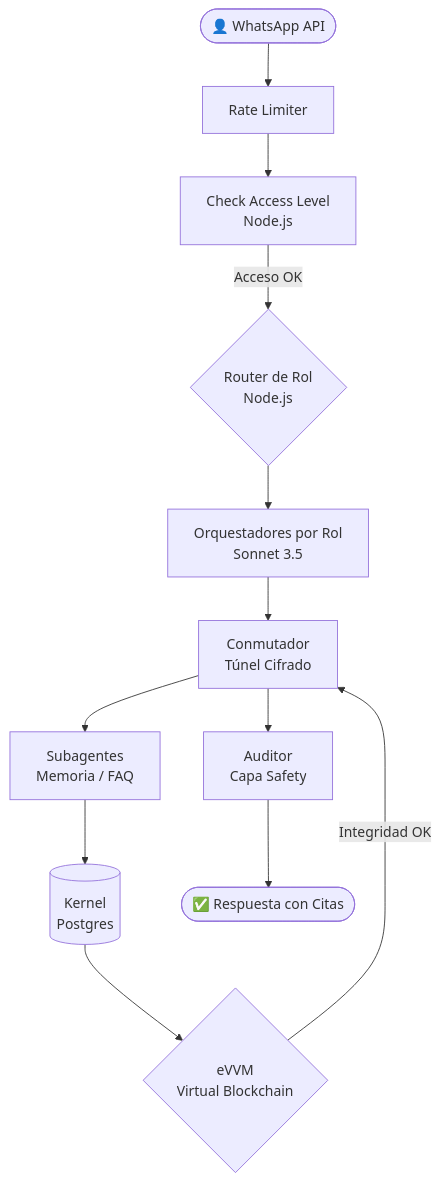
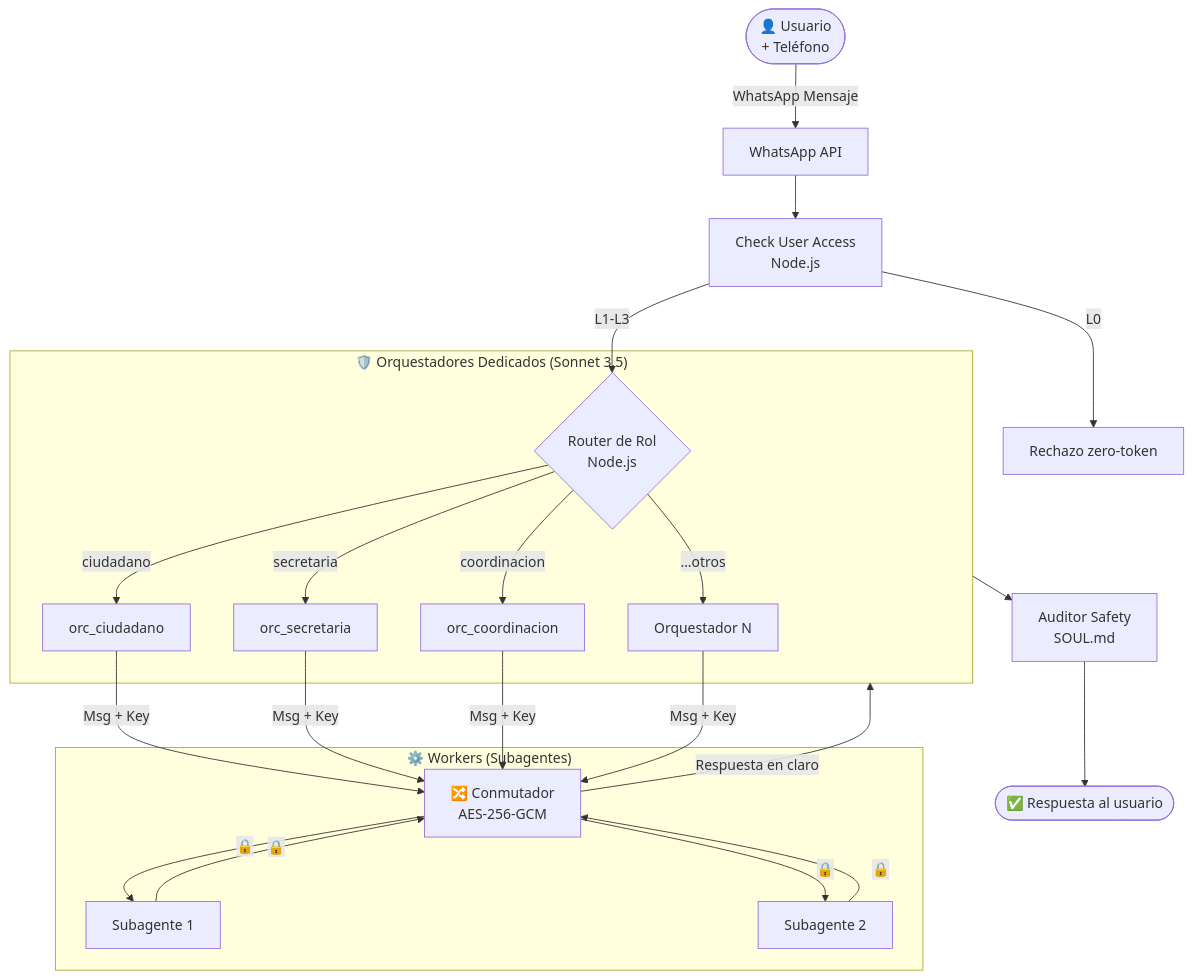
The third of 5 diagrams in docs/architecture.md (ariutokintumi/IAldea-org), drawn with Mermaid before and after one commit. The commit also changed other lines of this file and 1 other file, not shown here.

Commit message:
arch: restore detailed orchestration flows and add silence rule
- Restored docs/planning/dia_03_whatsapp_subagentes_orquestacion.md with user-preferred flows.
- Added 'Silence Rule' for subagents with incorrect encryption keys.
- Beautified docs/architecture.md with detailed orchestration and eVVM sequence diagrams.

````diff
--- a/docs/architecture.md
+++ b/docs/architecture.md
@@ -138,14 +138,32 @@
 ```mermaid
 flowchart TD
-  WA([👤 WhatsApp API]) --> RL[Rate Limiter]
-  RL --> AL[Check Access Level\nNode.js]
-  AL -->|Acceso OK| ROUTER{Router de Rol\nNode.js}
-  ROUTER --> ORCS[Orquestadores por Rol\nSonnet 3.5]
-  ORCS --> SW[Conmutador\nTúnel Cifrado]
-  SW --> MEM[Subagentes\nMemoria / FAQ]
-  MEM --> KERN[(Kernel\nPostgres)]
-  KERN --> BC{eVVM\nVirtual Blockchain}
-  BC -->|Integridad OK| SW
-  SW --> AUD[Auditor\nCapa Safety]
-  AUD --> WA2([✅ Respuesta con Citas])
+    A([👤 Usuario\n+ Teléfono]) -->|WhatsApp Mensaje| B[WhatsApp API]
+    B --> C[Check User Access\nNode.js]
+
+    C -->|L0| REJ[Rechazo zero-token]
+    C -->|L1-L3| ROUTER{Router de Rol\nNode.js}
+
+    subgraph ORCS["🛡️ Orquestadores Dedicados (Sonnet 3.5)"]
+        ROUTER -->|ciudadano| ORC_C[orc_ciudadano]
+        ROUTER -->|secretaria| ORC_S[orc_secretaria]
+        ROUTER -->|coordinacion| ORC_CO[orc_coordinacion]
+        ROUTER -->|...otros| ORC_N[Orquestador N]
+    end
+
+    ORC_C -->|Msg + Key| SW
+    ORC_S -->|Msg + Key| SW
+    ORC_CO -->|Msg + Key| SW
+    ORC_N -->|Msg + Key| SW
+
+    subgraph WORKERS["⚙️ Workers (Subagentes)"]
+        SW[🔀 Conmutador\nAES-256-GCM]
+        SW -->|🔒| Sub1[Subagente 1]
+        SW -->|🔒| Sub2[Subagente 2]
+        Sub1 -->|🔒| SW
+        Sub2 -->|🔒| SW
+    end
+
+    SW -->|Respuesta en claro| ORCS
+    ORCS --> AUDIT[Auditor Safety\nSOUL.md]
+    AUDIT --> RESP([✅ Respuesta al usuario])
 ```
````
